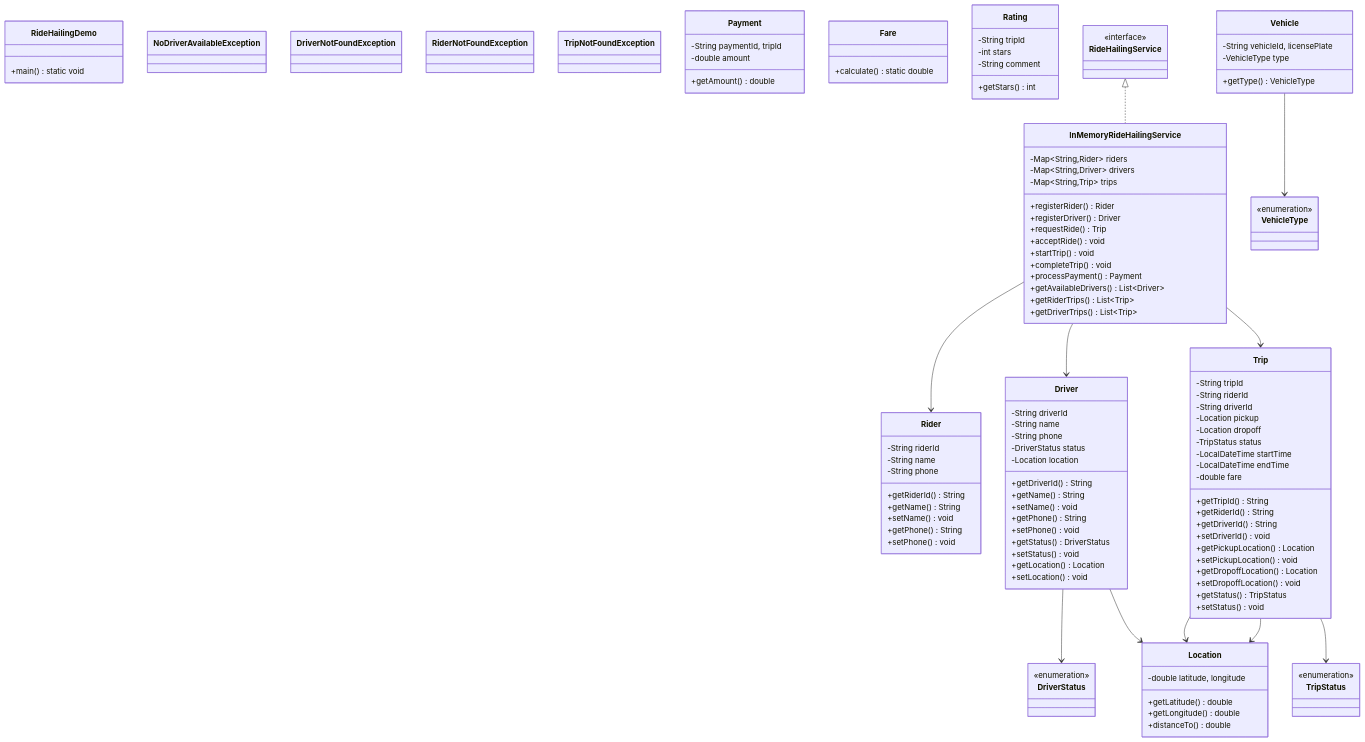
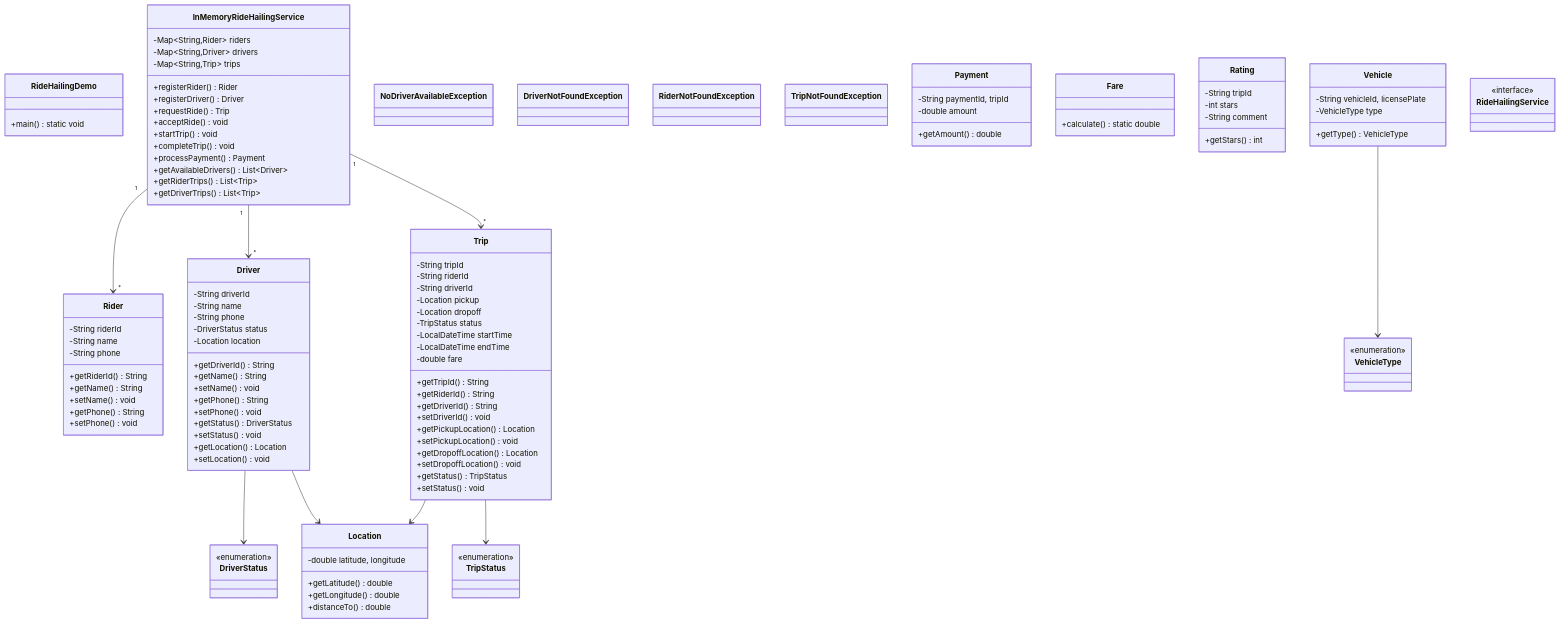
Before and after one commit to dlkr18/lld-playbook: the diagram in docs/problems/ridehailing/README.md, drawn with Mermaid. The commit also changed 119 other files, not shown here.

First line of the commit message:
feat: add comprehensive relationships to all class diagrams

````diff
--- a/docs/problems/ridehailing/README.md
+++ b/docs/problems/ridehailing/README.md
@@ -537,14 +537,12 @@
     class RideHailingService
     <<interface>> RideHailingService
 
-    RideHailingService <|.. InMemoryRideHailingService
-    InMemoryRideHailingService --> Rider
-    InMemoryRideHailingService --> Driver
-    InMemoryRideHailingService --> Trip
+    InMemoryRideHailingService "1" --> "*" Rider
+    InMemoryRideHailingService "1" --> "*" Driver
+    InMemoryRideHailingService "1" --> "*" Trip
     Driver --> DriverStatus
     Driver --> Location
     Vehicle --> VehicleType
     Trip --> Location
-    Trip --> Location
     Trip --> TripStatus
 ```
````
